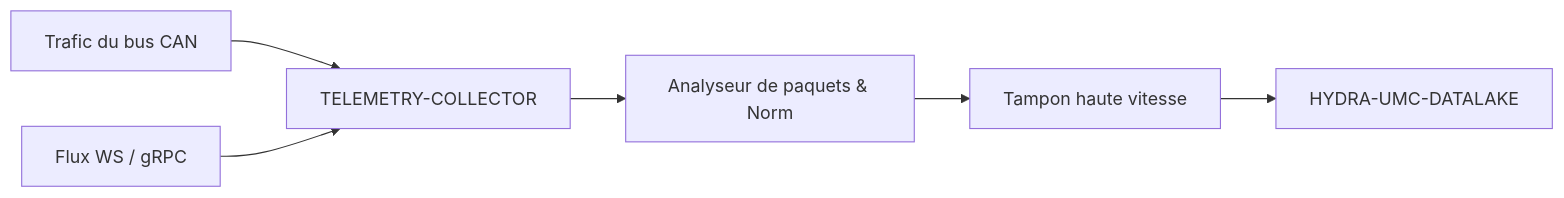
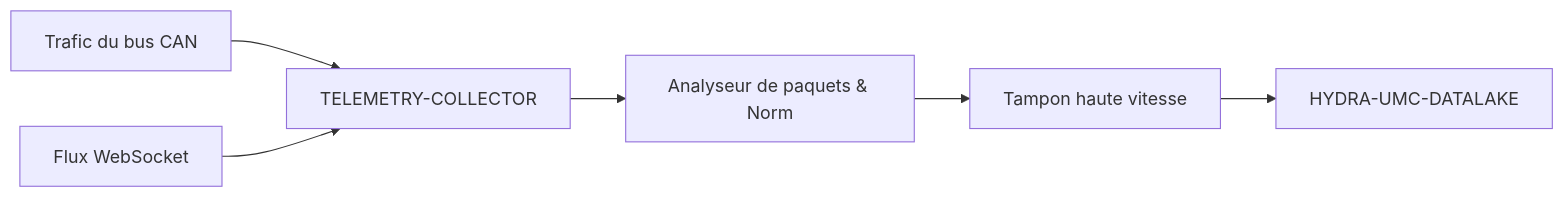
The diagram in README_fra.md (JuanenRac/HYDRA-UMC-TELEMETRY-COLLECTOR), drawn with Mermaid before and after one commit. The commit also changed other lines of this file and 6 other files, not shown here.

Commit message:
Fix public documentation: drop non-existent Rust and gRPC-ingestion claims (badges, overview, key features, mermaid) across 7 languages; keep gRPC only where accurate (planned marker + Related Projects)

````diff
--- a/README_fra.md
+++ b/README_fra.md
@@ -38,8 +38,8 @@
 ```mermaid
 flowchart LR
     CAN["Trafic du bus CAN"] --> COLL["TELEMETRY-COLLECTOR"]
-    WS["Flux WS / gRPC"] --> COLL
+    WS["Flux WebSocket"] --> COLL
     COLL --> PARSE["Analyseur de paquets & Norm"]
     PARSE --> BUF["Tampon haute vitesse"]
     BUF --> LAKE["HYDRA-UMC-DATALAKE"]
 ```
````
